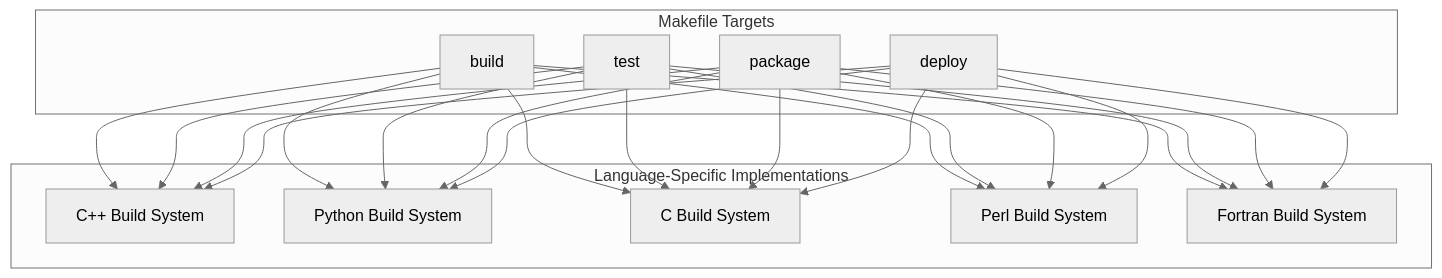
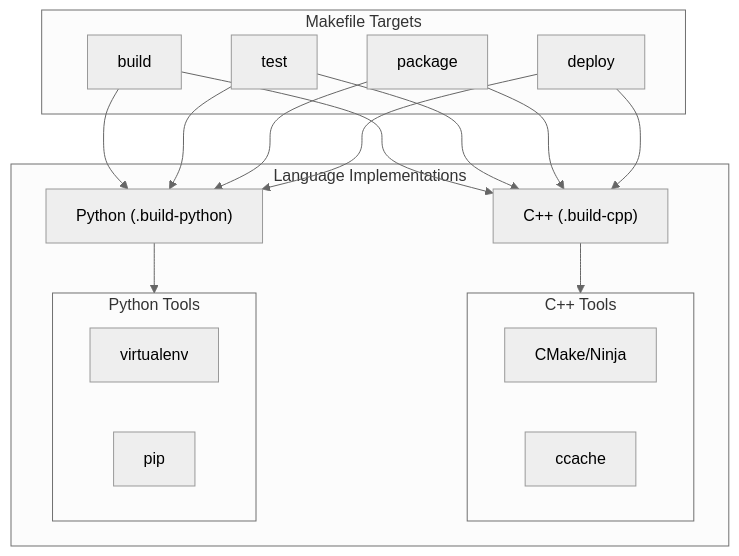
One commit to jlheater/test-project-123456 changed the first of 7 diagrams in memory-bank/systemPatterns.md. Above: the diagram before and after it, drawn with Mermaid (neutral theme). The commit also changed other lines of this file and 3 other files, not shown here.

Commit message:
Enhance project documentation and build system status in progress.md and activeContext.md

````diff
--- a/memory-bank/systemPatterns.md
+++ b/memory-bank/systemPatterns.md
@@ -6,22 +6,32 @@
 ```mermaid
 flowchart TD
     subgraph Make["Makefile Targets"]
         B[build]
         T[test]
         P[package]
         D[deploy]
     end
 
-    subgraph Lang["Language-Specific Implementations"]
-        CPP[C++ Build System]
-        PY[Python Build System]
-        C[C Build System]
-        PL[Perl Build System]
-        F[Fortran Build System]
+    subgraph Lang["Language Implementations"]
+        CPP["C++ (.build-cpp)"]
+        PY["Python (.build-python)"]
+        
+        subgraph CPP_Tools["C++ Tools"]
+            CMAKE["CMake/Ninja"]
+            CCACHE["ccache"]
+        end
+        
+        subgraph PY_Tools["Python Tools"]
+            VENV["virtualenv"]
+            PIP["pip"]
+        end
+        
+        CPP --> CPP_Tools
+        PY --> PY_Tools
     end
 
-    B --> CPP & PY & C & PL & F
-    T --> CPP & PY & C & PL & F
-    P --> CPP & PY & C & PL & F
-    D --> CPP & PY & C & PL & F
+    B --> CPP & PY
+    T --> CPP & PY
+    P --> CPP & PY
+    D --> CPP & PY
 ```
````
